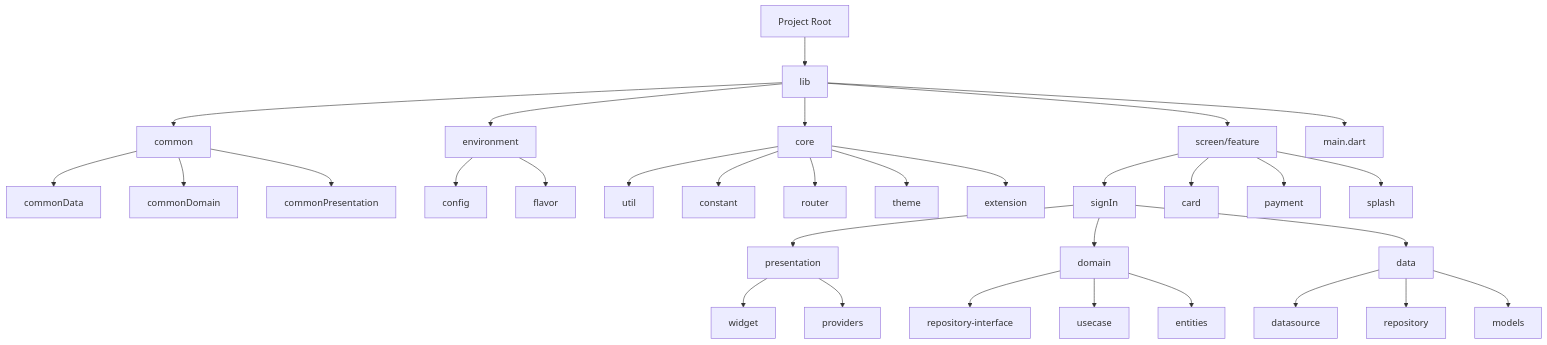
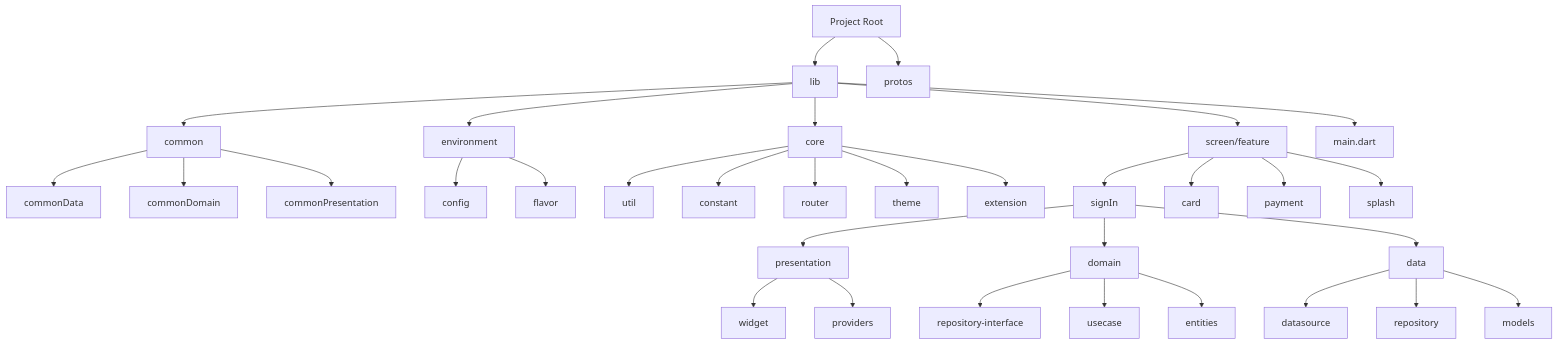
Before and after one commit to KoreanTuna/Payment-Demo: the first of 2 diagrams in README.md, drawn with Mermaid. The commit also changed other lines of this file, not shown here.

````diff
--- a/README.md
+++ b/README.md
@@ -11,48 +11,49 @@
 ```mermaid
 flowchart TD
     A[Project Root]
     A --> lib
+    A --> protos
 
     lib --> common
     lib --> core
     lib --> environment
     lib --> screen/feature
     lib --> main.dart
 
     common --> commonData
     common --> commonDomain
     common --> commonPresentation
 
     environment --> config
     environment --> flavor
 
     core --> util
     core --> constant
     core --> router
     core --> theme
     core --> extension
 
     screen/feature --> signIn
     screen/feature --> card
     screen/feature --> payment
     screen/feature --> splash
 
     signIn --> presentation
     signIn --> domain
     signIn --> data
 
     data --> datasource
     data --> repository
     data --> models
 
     domain --> repository-interface
     domain --> usecase
     domain --> entities
 
     presentation --> widget
     presentation --> providers
 
     
 
 
 ```
````
